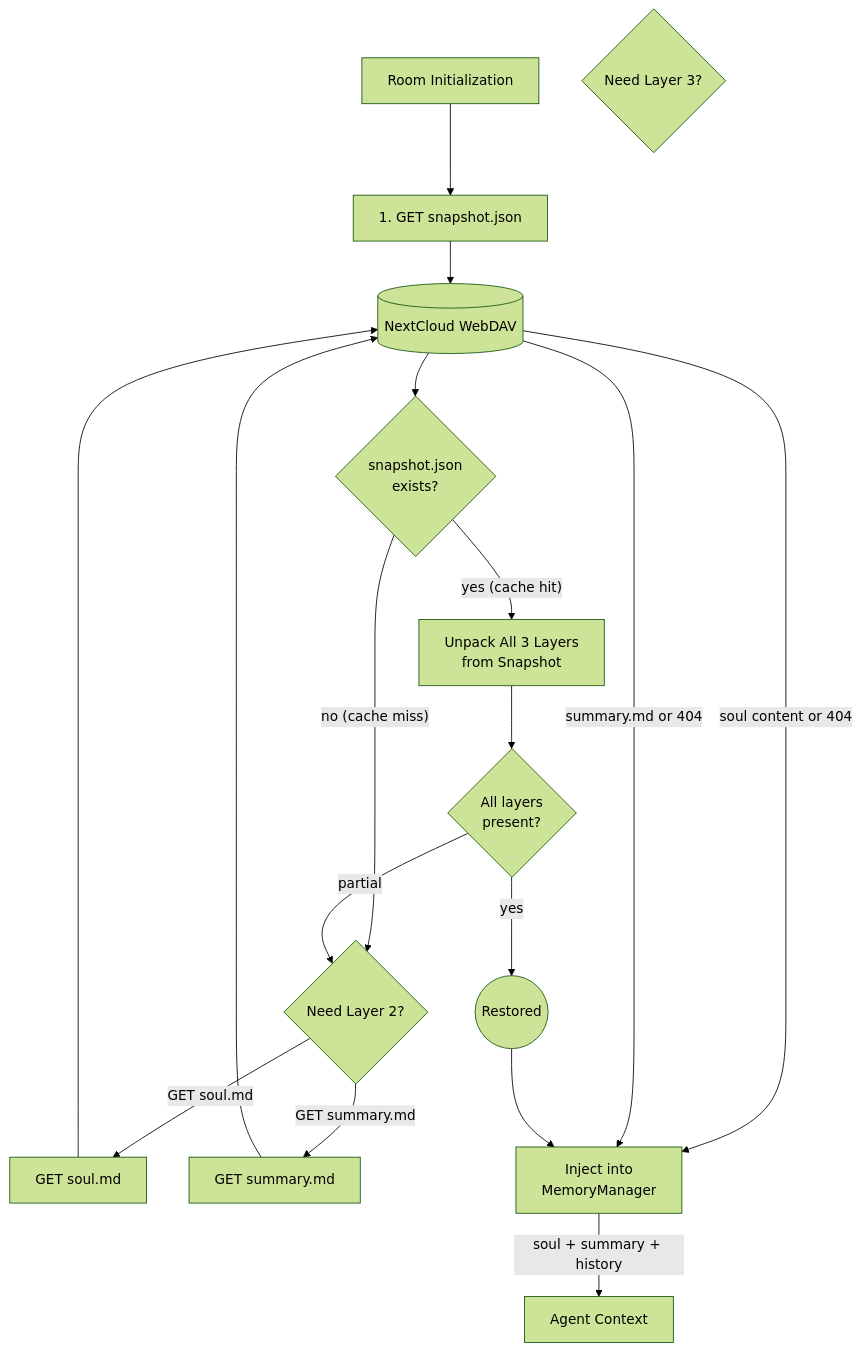
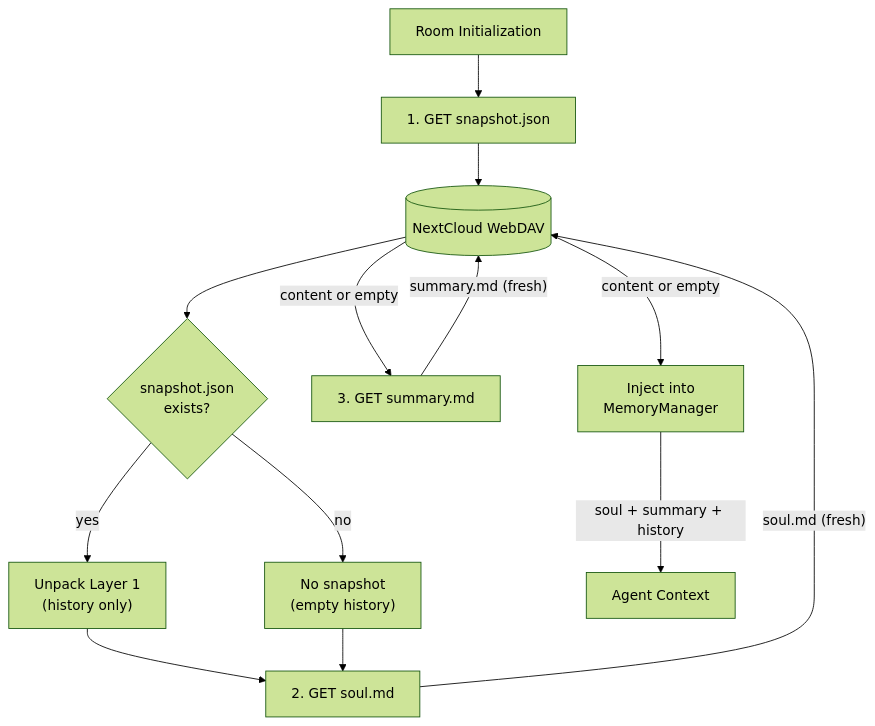
The fourth of 6 diagrams in _dfd/memory/memory.md (cosmoswafer/rockbot), drawn with Mermaid (forest theme) before and after one commit. The commit also changed other lines of this file and 2 other files, not shown here.

Commit message:
fix: always re-read soul.md and summary.md from WebDAV (closes #44)

````diff
--- a/_dfd/memory/memory.md
+++ b/_dfd/memory/memory.md
@@ -158,34 +156,25 @@
 ```mermaid
 flowchart TD
     INIT[Room Initialization]
     DAV[(NextCloud WebDAV)]
     GET_SNAP["1. GET snapshot.json"]
     SNAP_OK{snapshot.json<br/>exists?}
-    UNPACK[Unpack All 3 Layers<br/>from Snapshot]
-    CHECK{All layers<br/>present?}
-    RESTORED((Restored))
-    NEED_L2{Need Layer 2?}
-    NEED_L3{Need Layer 3?}
-    GET_SOUL["GET soul.md"]
-    GET_SUMMARY["GET summary.md"]
+    UNPACK["Unpack Layer 1<br/>(history only)"]
+    MISSING["No snapshot<br/>(empty history)"]
+    GET_SOUL["2. GET soul.md"]
+    GET_SUMMARY["3. GET summary.md"]
     INJECT[Inject into<br/>MemoryManager]
 
     INIT --> GET_SNAP
     GET_SNAP --> DAV
     DAV --> SNAP_OK
-    SNAP_OK -->|"yes (cache hit)"| UNPACK
-    SNAP_OK -->|"no (cache miss)"| NEED_L2
-    UNPACK --> CHECK
-    CHECK -->|"yes"| RESTORED
-    CHECK -->|"partial"| NEED_L2
-
-    NEED_L2 -->|"GET soul.md"| GET_SOUL
-    NEED_L2 -->|"GET summary.md"| GET_SUMMARY
-    GET_SOUL --> DAV
-    GET_SUMMARY --> DAV
-    DAV -->|"soul content or 404"| INJECT
-    DAV -->|"summary.md or 404"| INJECT
-
-    RESTORED --> INJECT
+    SNAP_OK -->|"yes"| UNPACK
+    SNAP_OK -->|"no"| MISSING
+    UNPACK --> GET_SOUL
+    MISSING --> GET_SOUL
+    GET_SOUL -->|"soul.md (fresh)"| DAV
+    DAV -->|"content or empty"| GET_SUMMARY
+    GET_SUMMARY -->|"summary.md (fresh)"| DAV
+    DAV -->|"content or empty"| INJECT
     INJECT -->|"soul + summary + history"| CTX[Agent Context]
 ```
````
